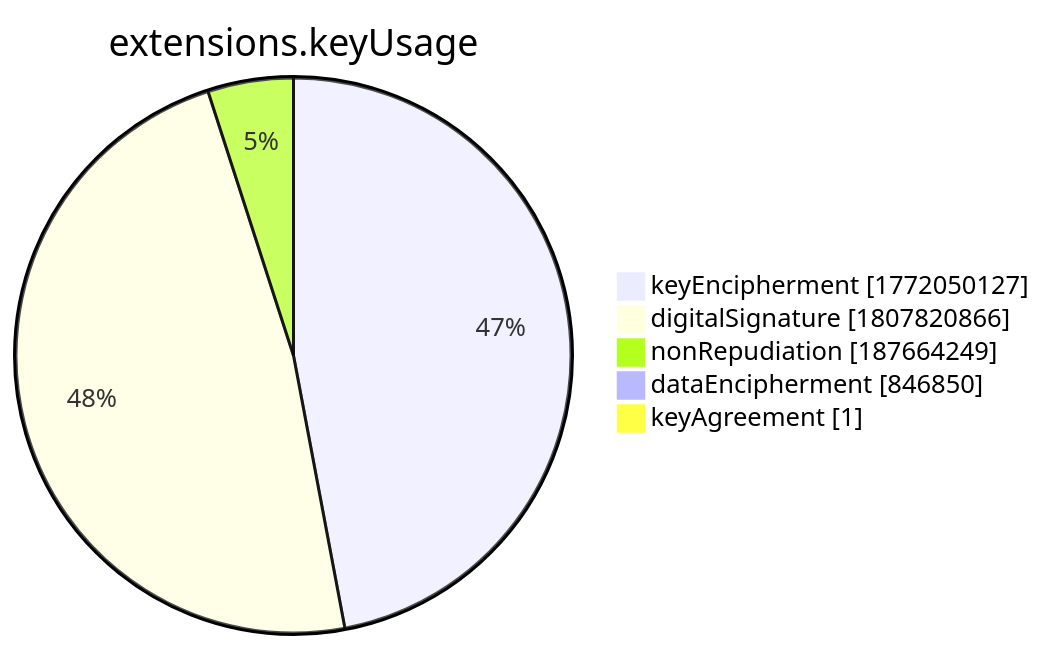
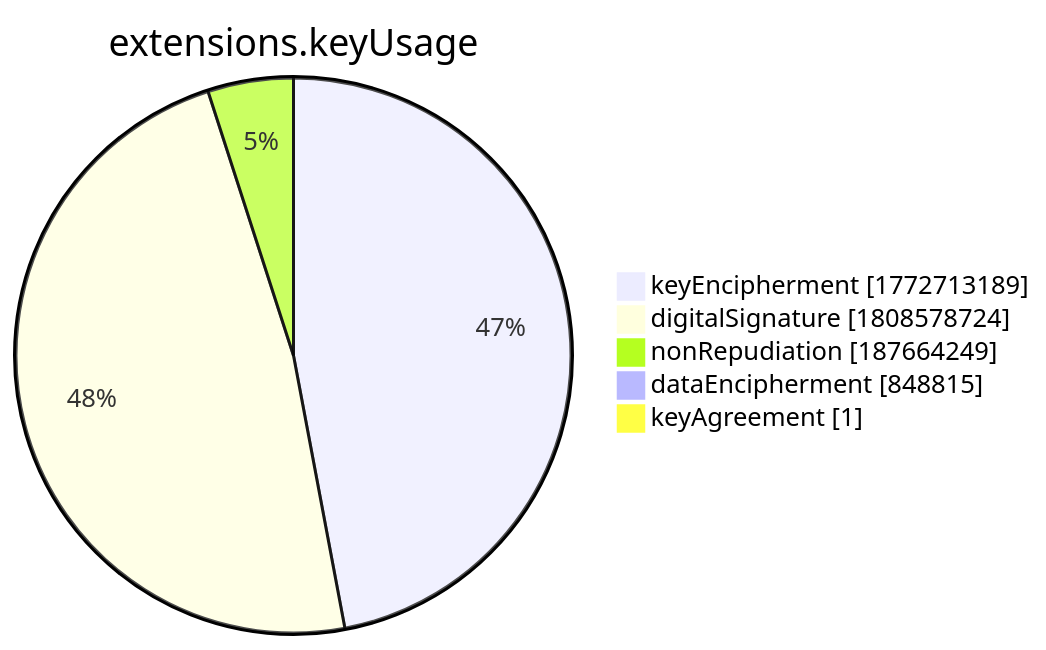
The seventh of 15 diagrams in xenon2022/README.md (christiankrug/ctmonitor_visualization), drawn with Mermaid before and after one commit. The commit also changed other lines of this file, not shown here.

````diff
--- a/xenon2022/README.md
+++ b/xenon2022/README.md
@@ -2859,9 +2859,9 @@
 ```mermaid
 pie showData
 title extensions.keyUsage
-"keyEncipherment" :1772050127
-"digitalSignature" :1807820866
+"keyEncipherment" :1772713189
+"digitalSignature" :1808578724
 "nonRepudiation" :187664249
-"dataEncipherment" :846850
+"dataEncipherment" :848815
 "keyAgreement" :1
 ```
````
